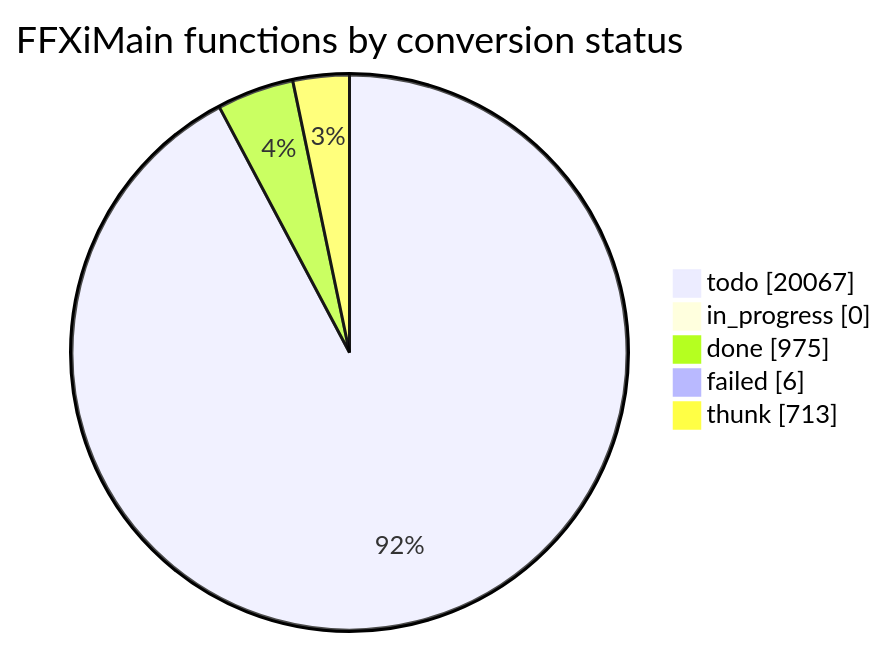
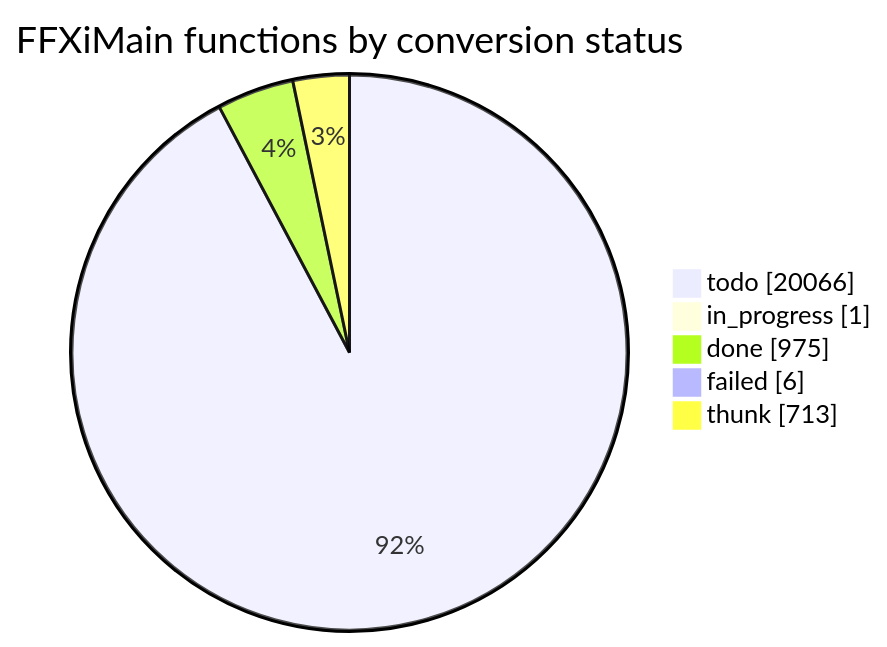
Before and after one commit to cowrevenge/cow_kuluu_xi_anything: the diagram in docs/cow/STATUS.md, drawn with Mermaid. The commit also changed other lines of this file and 2 other files, not shown here.

Commit message:
cow: ledger + progress after 0x102d8161 cow_face_matrix_from_position_and_target - 975 done

````diff
--- a/docs/cow/STATUS.md
+++ b/docs/cow/STATUS.md
@@ -18,9 +18,9 @@
 ```mermaid
 pie showData
     title FFXiMain functions by conversion status
-    "todo" : 20067
-    "in_progress" : 0
+    "todo" : 20066
+    "in_progress" : 1
     "done" : 975
     "failed" : 6
     "thunk" : 713
 ```
````
